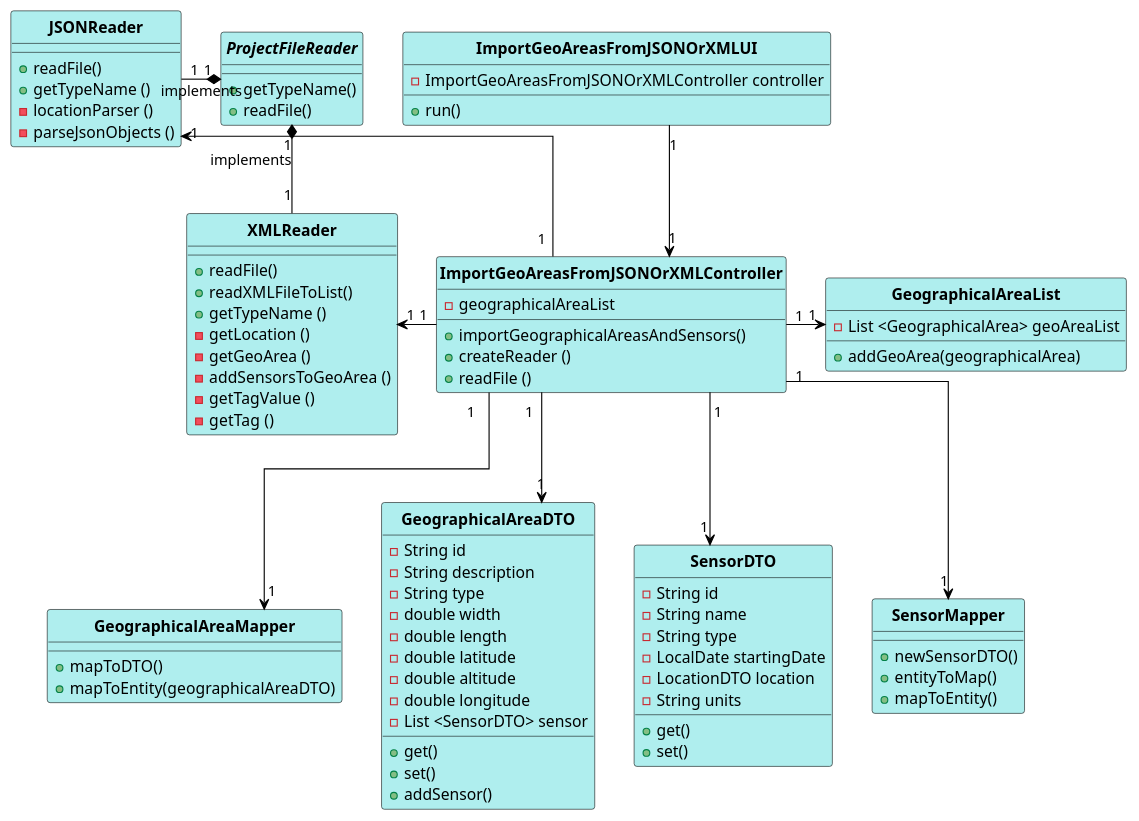
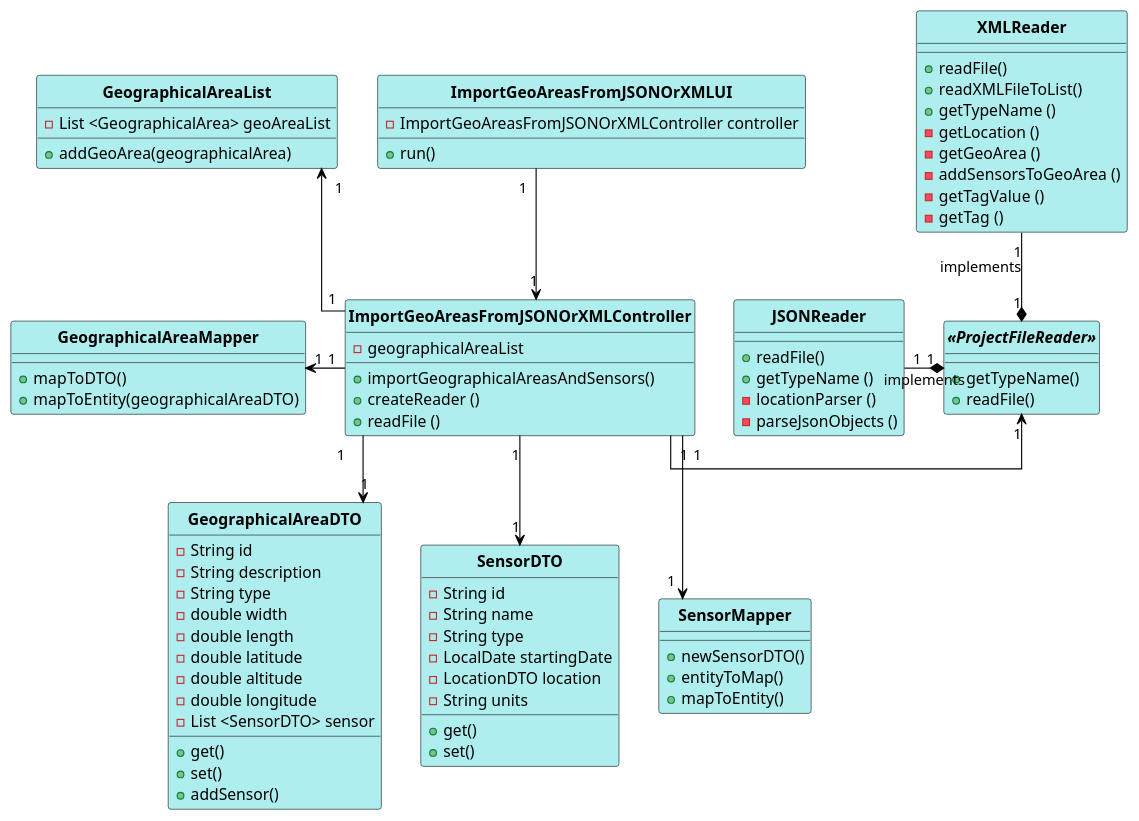
Before and after one commit to 1181687/hateoasToy: the diagram in src/main/java/pt/ipp/isep/dei/project/controllers/importgeoareasfromjsonorxmlcontroller/CD_ImportGeoAreasFromXML.puml, drawn with PlantUML.

Commit message:
Changes to Class Diagram (included JSON Reader) and correct Interface class)

```diff
--- a/src/main/java/pt/ipp/isep/dei/project/controllers/importgeoareasfromjsonorxmlcontroller/CD_ImportGeoAreasFromXML.puml
+++ b/src/main/java/pt/ipp/isep/dei/project/controllers/importgeoareasfromjsonorxmlcontroller/CD_ImportGeoAreasFromXML.puml
@@ -1,104 +1,104 @@
 @startuml
 skinparam linetype ortho
 
 skinparam class {
 	BackgroundColor PaleTurquoise
 	ArrowColor Black
 	BorderColor Black
 	FontStyle Bold
 }
 
 hide circle
 
 
 
 ImportGeoAreasFromJSONOrXMLUI "1" --> "1" ImportGeoAreasFromJSONOrXMLController
-ImportGeoAreasFromJSONOrXMLController "1" -right-> "1" GeographicalAreaList
-ImportGeoAreasFromJSONOrXMLController "1" --> "1" GeographicalAreaMapper
+ImportGeoAreasFromJSONOrXMLController "1" -up-> "1" GeographicalAreaList
+ImportGeoAreasFromJSONOrXMLController "1" -left-> "1" GeographicalAreaMapper
 ImportGeoAreasFromJSONOrXMLController "1" --> "1" GeographicalAreaDTO
 ImportGeoAreasFromJSONOrXMLController  "1" --> "1" SensorDTO
 ImportGeoAreasFromJSONOrXMLController  "1" --> "1" SensorMapper
-ImportGeoAreasFromJSONOrXMLController  "1" -left-> "1" XMLReader
-ImportGeoAreasFromJSONOrXMLController  "1" -left-> "1" JSONReader
-XMLReader "1" -up-* "1" ProjectFileReader : implements
-JSONReader "1" -right-* "1" ProjectFileReader : implements
+ImportGeoAreasFromJSONOrXMLController  "1" -right-> "1" "<<ProjectFileReader>>"
+
+XMLReader "1" -down-* "1" "<<ProjectFileReader>>" : implements
+JSONReader "1" -right-* "1" "<<ProjectFileReader>>" : implements
 
 Class ImportGeoAreasFromJSONOrXMLUI {
 - ImportGeoAreasFromJSONOrXMLController controller
 + run()
 
 }
 
 Class ImportGeoAreasFromJSONOrXMLController {
 - geographicalAreaList
 + importGeographicalAreasAndSensors()
 + createReader ()
 + readFile ()
 }
 
 Class GeographicalAreaMapper {
 + mapToDTO()
 + mapToEntity(geographicalAreaDTO)
 }
 
 Class GeographicalAreaList {
 - List <GeographicalArea> geoAreaList
 + addGeoArea(geographicalArea)
 }
 
 Class GeographicalAreaDTO {
 - String id
 - String description
 - String type
 - double width
 - double length
 - double latitude
 - double altitude
 - double longitude
 - List <SensorDTO> sensor
 + get()
 + set()
 + addSensor()
 }
 
 Class SensorDTO {
 - String id
 - String name
 - String type
 - LocalDate startingDate
 - LocationDTO location
 - String units
 + get()
 + set()
 }
 
 Class SensorMapper {
 + newSensorDTO()
 + entityToMap()
 + mapToEntity()
 }
 
-Interface ProjectFileReader {
+Interface "<<ProjectFileReader>>" {
 + getTypeName()
 + readFile()
 }
 
 Class XMLReader {
 + readFile()
 + readXMLFileToList()
 + getTypeName ()
 - getLocation ()
 - getGeoArea ()
 - addSensorsToGeoArea ()
 - getTagValue ()
 - getTag ()
 }
 
 Class JSONReader {
 + readFile()
 + getTypeName ()
 - locationParser ()
 - parseJsonObjects ()
 }
 
 @enduml
```
